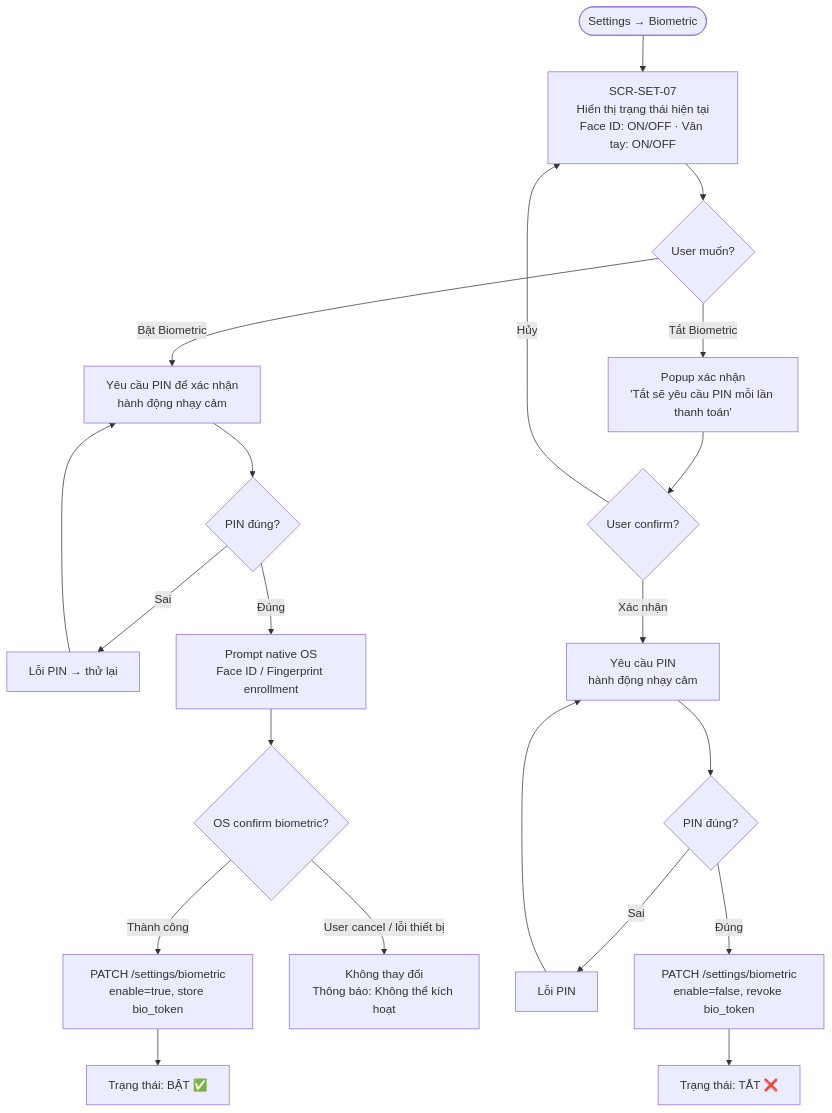
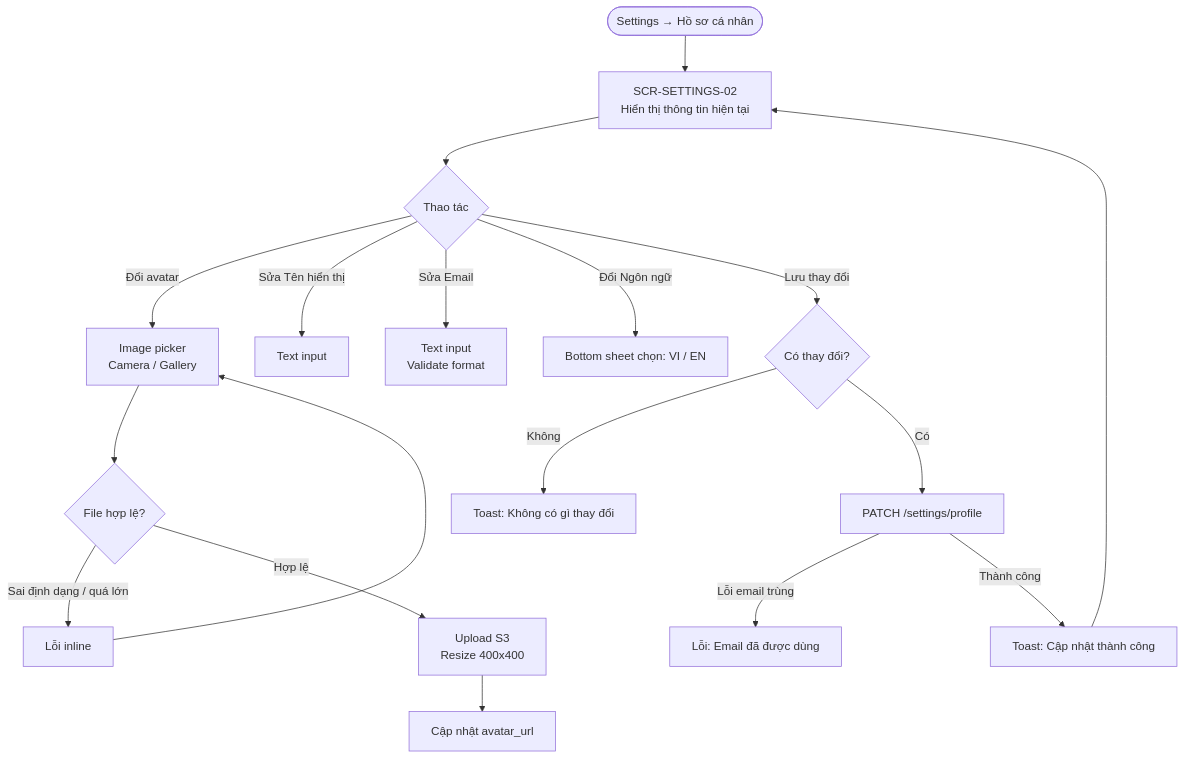
One commit to NDChinh36/ba-portfolio changed the third of 8 diagrams in projects/ewallet/notifications-settings.mdx. Above: the diagram before and after it, drawn with Mermaid. The commit also changed other lines of this file, not shown here.

Commit message:
auto: update notifications-settings.mdx

````diff
--- a/projects/ewallet/notifications-settings.mdx
+++ b/projects/ewallet/notifications-settings.mdx
@@ -146,23 +121,20 @@
 ```mermaid
 flowchart TD
-    A([Settings → Biometric]) --> B[SCR-SET-07\nHiển thị trạng thái hiện tại\nFace ID: ON/OFF · Vân tay: ON/OFF]
-    B --> C{User muốn?}
-    C -->|Bật Biometric| D[Yêu cầu PIN để xác nhận\nhành động nhạy cảm]
-    D --> E{PIN đúng?}
-    E -->|Sai| F[Lỗi PIN → thử lại]
+    A([Settings → Hồ sơ cá nhân]) --> B[SCR-SETTINGS-02\nHiển thị thông tin hiện tại]
+    B --> C{Thao tác}
+    C -- Đổi avatar --> D[Image picker\nCamera / Gallery]
+    D --> E{File hợp lệ?}
+    E -- Sai định dạng / quá lớn --> F[Lỗi inline]
     F --> D
-    E -->|Đúng| G[Prompt native OS\nFace ID / Fingerprint enrollment]
-    G --> H{OS confirm biometric?}
-    H -->|Thành công| I[PATCH /settings/biometric\nenable=true, store bio_token]
-    I --> J[Trạng thái: BẬT ✅]
-    H -->|User cancel / lỗi thiết bị| K[Không thay đổi\nThông báo: Không thể kích hoạt]
-    C -->|Tắt Biometric| L[Popup xác nhận\n'Tắt sẽ yêu cầu PIN mỗi lần thanh toán']
-    L --> M{User confirm?}
-    M -->|Hủy| B
-    M -->|Xác nhận| N[Yêu cầu PIN\nhành động nhạy cảm]
-    N --> O{PIN đúng?}
-    O -->|Sai| P[Lỗi PIN]
-    P --> N
-    O -->|Đúng| Q[PATCH /settings/biometric\nenable=false, revoke bio_token]
-    Q --> R[Trạng thái: TẮT ❌]
+    E -- Hợp lệ --> G[Upload S3\nResize 400x400]
+    G --> H[Cập nhật avatar_url]
+    C -- Sửa Tên hiển thị --> I[Text input]
+    C -- Sửa Email --> J[Text input\nValidate format]
+    C -- Đổi Ngôn ngữ --> K[Bottom sheet chọn: VI / EN]
+    C -- Lưu thay đổi --> L{Có thay đổi?}
+    L -- Không --> M[Toast: Không có gì thay đổi]
+    L -- Có --> N[PATCH /settings/profile]
+    N -- Lỗi email trùng --> O[Lỗi: Email đã được dùng]
+    N -- Thành công --> P[Toast: Cập nhật thành công]
+    P --> B
 ```
````
